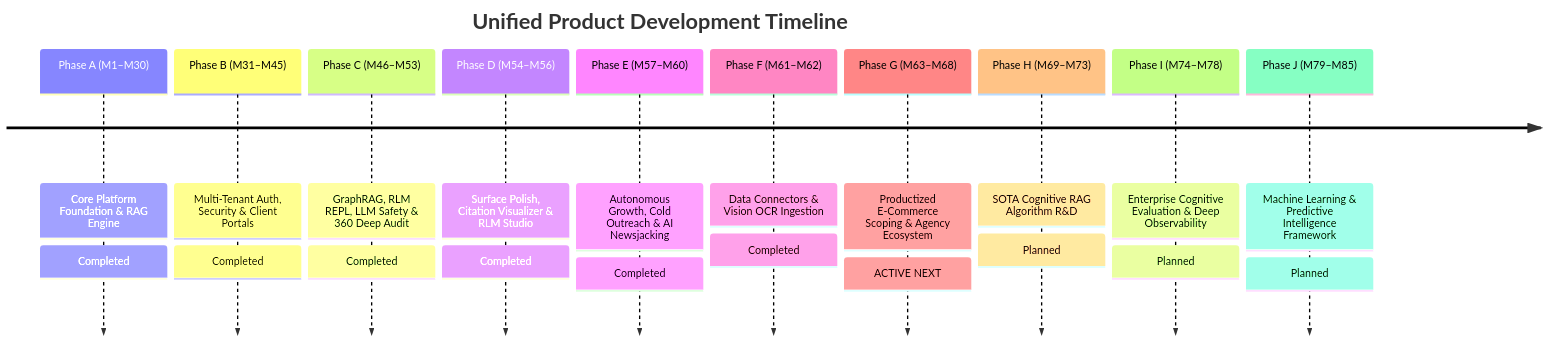
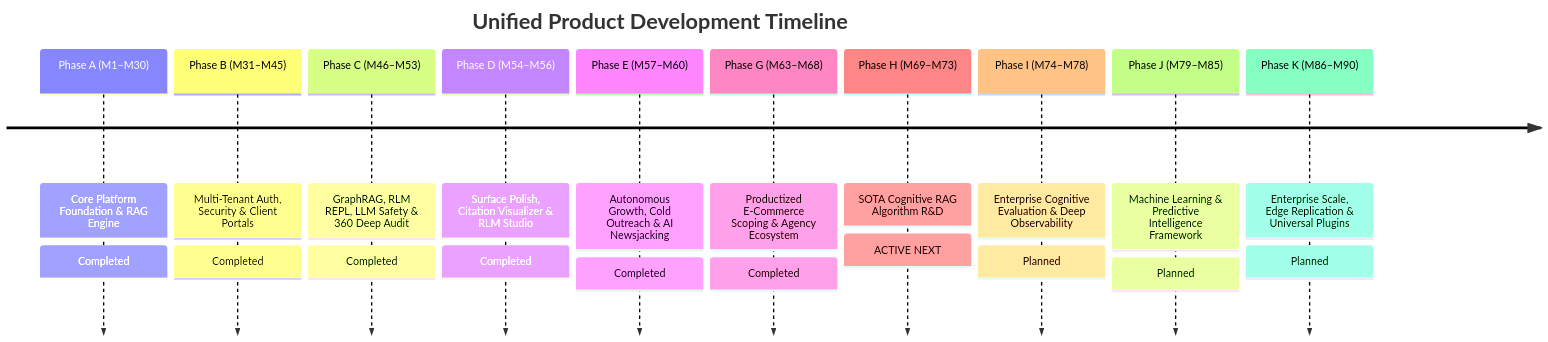
Before and after one commit to prat3010/Prateek_website: the diagram in docs/UNIFIED_MASTER_ROADMAP.md, drawn with Mermaid. The commit also changed other lines of this file and 18 other files, not shown here.

First line of the commit message:
feat: implement Milestones 69-72 frontend & roadmap synchronization

````diff
--- a/docs/UNIFIED_MASTER_ROADMAP.md
+++ b/docs/UNIFIED_MASTER_ROADMAP.md
@@ -45,14 +45,14 @@
 ```mermaid
 timeline
     title Unified Product Development Timeline
     Phase A (M1–M30) : Core Platform Foundation & RAG Engine : Completed
     Phase B (M31–M45) : Multi-Tenant Auth, Security & Client Portals : Completed
     Phase C (M46–M53) : GraphRAG, RLM REPL, LLM Safety & 360 Deep Audit : Completed
     Phase D (M54–M56) : Surface Polish, Citation Visualizer & RLM Studio : Completed
     Phase E (M57–M60) : Autonomous Growth, Cold Outreach & AI Newsjacking : Completed
-    Phase F (M61–M62) : Data Connectors & Vision OCR Ingestion : Completed
-    Phase G (M63–M68) : Productized E-Commerce Scoping & Agency Ecosystem : ACTIVE NEXT
-    Phase H (M69–M73) : SOTA Cognitive RAG Algorithm R&D : Planned
+    Phase G (M63–M68) : Productized E-Commerce Scoping & Agency Ecosystem : Completed
+    Phase H (M69–M73) : SOTA Cognitive RAG Algorithm R&D : ACTIVE NEXT
     Phase I (M74–M78) : Enterprise Cognitive Evaluation & Deep Observability : Planned
     Phase J (M79–M85) : Machine Learning & Predictive Intelligence Framework : Planned
+    Phase K (M86–M90) : Enterprise Scale, Edge Replication & Universal Plugins : Planned
 ```
````
